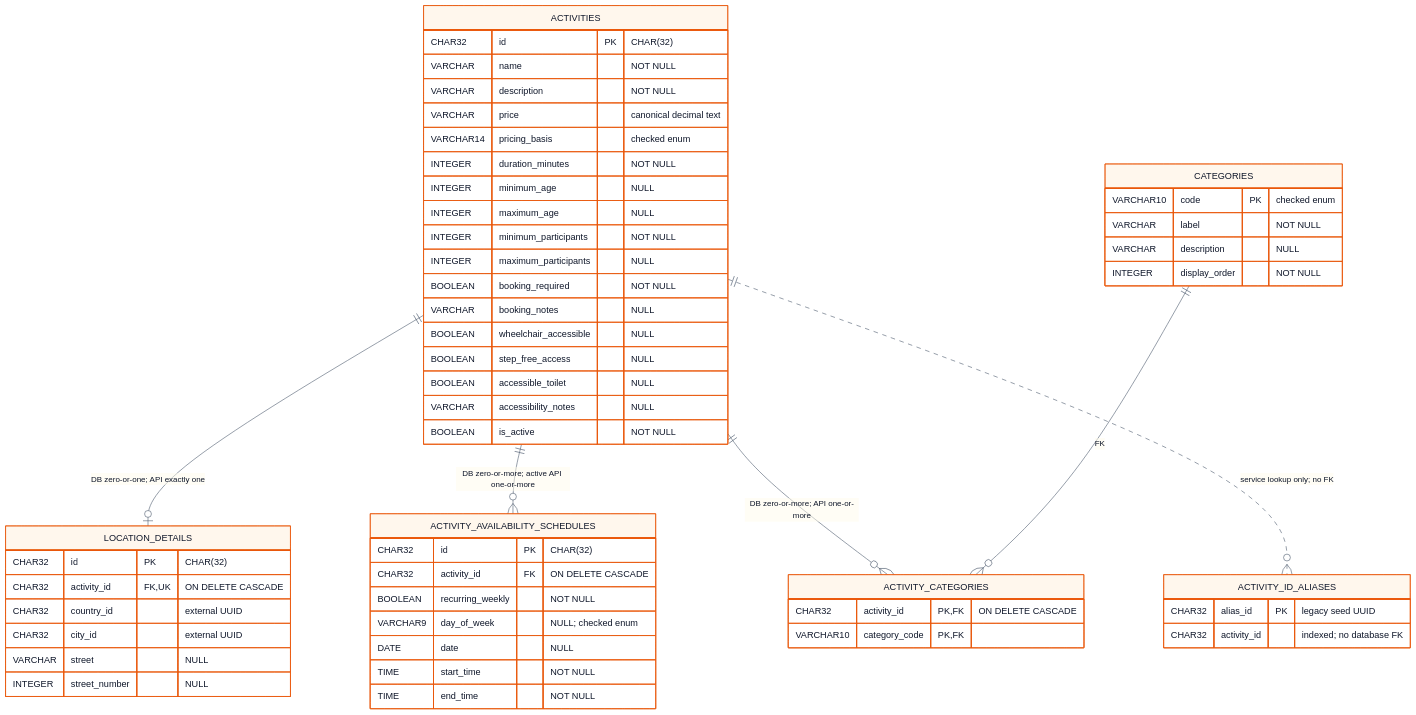
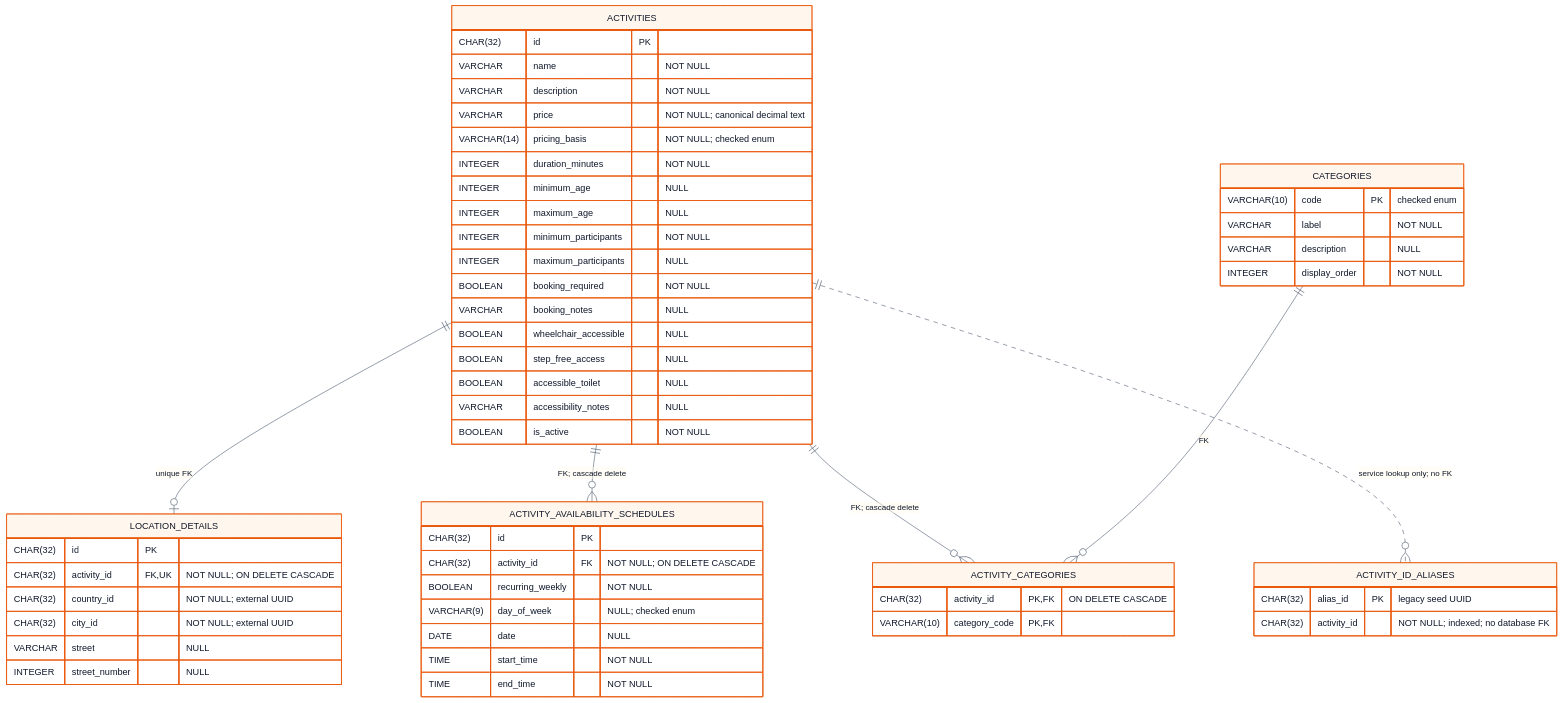
The diagram in docs/reports/release-0/Student4/DataDesign/physical.md (JulianKirk/TripGenie), drawn with Mermaid before and after one commit. The commit also changed other lines of this file and 3 other files, not shown here.

First line of the commit message:
Correct Student 4 ERD semantics (#116)

````diff
--- a/docs/reports/release-0/Student4/DataDesign/physical.md
+++ b/docs/reports/release-0/Student4/DataDesign/physical.md
@@ -15,65 +15,65 @@
 ```mermaid
 %%{init: {"theme":"base","themeVariables":{"fontFamily":"Inter, ui-sans-serif, system-ui, sans-serif","primaryColor":"#fff7ed","primaryTextColor":"#0f172a","primaryBorderColor":"#ea580c","lineColor":"#475569","tertiaryColor":"#fffbeb"}}}%%
 erDiagram
-    ACTIVITIES ||--o| LOCATION_DETAILS : "DB zero-or-one; API exactly one"
-    ACTIVITIES ||--o{ ACTIVITY_AVAILABILITY_SCHEDULES : "DB zero-or-more; active API one-or-more"
-    ACTIVITIES ||--o{ ACTIVITY_CATEGORIES : "DB zero-or-more; API one-or-more"
+    ACTIVITIES ||--o| LOCATION_DETAILS : "unique FK"
+    ACTIVITIES ||--o{ ACTIVITY_AVAILABILITY_SCHEDULES : "FK; cascade delete"
+    ACTIVITIES ||--o{ ACTIVITY_CATEGORIES : "FK; cascade delete"
     CATEGORIES ||--o{ ACTIVITY_CATEGORIES : "FK"
     ACTIVITIES ||..o{ ACTIVITY_ID_ALIASES : "service lookup only; no FK"
 
     ACTIVITIES {
-        CHAR32 id PK "CHAR(32)"
+        CHAR(32) id PK
         VARCHAR name "NOT NULL"
         VARCHAR description "NOT NULL"
-        VARCHAR price "canonical decimal text"
-        VARCHAR14 pricing_basis "checked enum"
+        VARCHAR price "NOT NULL; canonical decimal text"
+        VARCHAR(14) pricing_basis "NOT NULL; checked enum"
         INTEGER duration_minutes "NOT NULL"
         INTEGER minimum_age "NULL"
         INTEGER maximum_age "NULL"
         INTEGER minimum_participants "NOT NULL"
         INTEGER maximum_participants "NULL"
         BOOLEAN booking_required "NOT NULL"
         VARCHAR booking_notes "NULL"
         BOOLEAN wheelchair_accessible "NULL"
         BOOLEAN step_free_access "NULL"
         BOOLEAN accessible_toilet "NULL"
         VARCHAR accessibility_notes "NULL"
         BOOLEAN is_active "NOT NULL"
     }
 
     LOCATION_DETAILS {
-        CHAR32 id PK "CHAR(32)"
-        CHAR32 activity_id FK,UK "ON DELETE CASCADE"
-        CHAR32 country_id "external UUID"
-        CHAR32 city_id "external UUID"
+        CHAR(32) id PK
+        CHAR(32) activity_id FK,UK "NOT NULL; ON DELETE CASCADE"
+        CHAR(32) country_id "NOT NULL; external UUID"
+        CHAR(32) city_id "NOT NULL; external UUID"
         VARCHAR street "NULL"
         INTEGER street_number "NULL"
     }
 
     CATEGORIES {
-        VARCHAR10 code PK "checked enum"
+        VARCHAR(10) code PK "checked enum"
         VARCHAR label "NOT NULL"
         VARCHAR description "NULL"
         INTEGER display_order "NOT NULL"
     }
 
     ACTIVITY_CATEGORIES {
-        CHAR32 activity_id PK,FK "ON DELETE CASCADE"
-        VARCHAR10 category_code PK,FK
+        CHAR(32) activity_id PK,FK "ON DELETE CASCADE"
+        VARCHAR(10) category_code PK,FK
     }
 
     ACTIVITY_AVAILABILITY_SCHEDULES {
-        CHAR32 id PK "CHAR(32)"
-        CHAR32 activity_id FK "ON DELETE CASCADE"
+        CHAR(32) id PK
+        CHAR(32) activity_id FK "NOT NULL; ON DELETE CASCADE"
         BOOLEAN recurring_weekly "NOT NULL"
-        VARCHAR9 day_of_week "NULL; checked enum"
+        VARCHAR(9) day_of_week "NULL; checked enum"
         DATE date "NULL"
         TIME start_time "NOT NULL"
         TIME end_time "NOT NULL"
     }
 
     ACTIVITY_ID_ALIASES {
-        CHAR32 alias_id PK "legacy seed UUID"
-        CHAR32 activity_id "indexed; no database FK"
+        CHAR(32) alias_id PK "legacy seed UUID"
+        CHAR(32) activity_id "NOT NULL; indexed; no database FK"
     }
 ```
````
